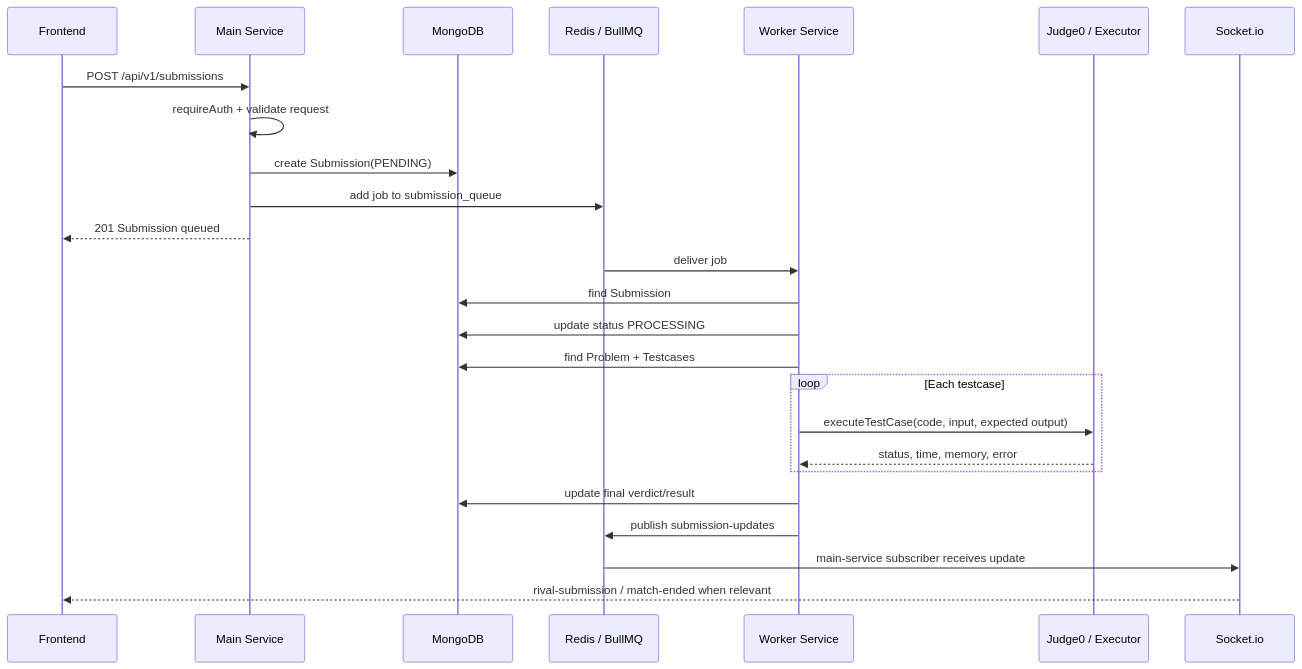
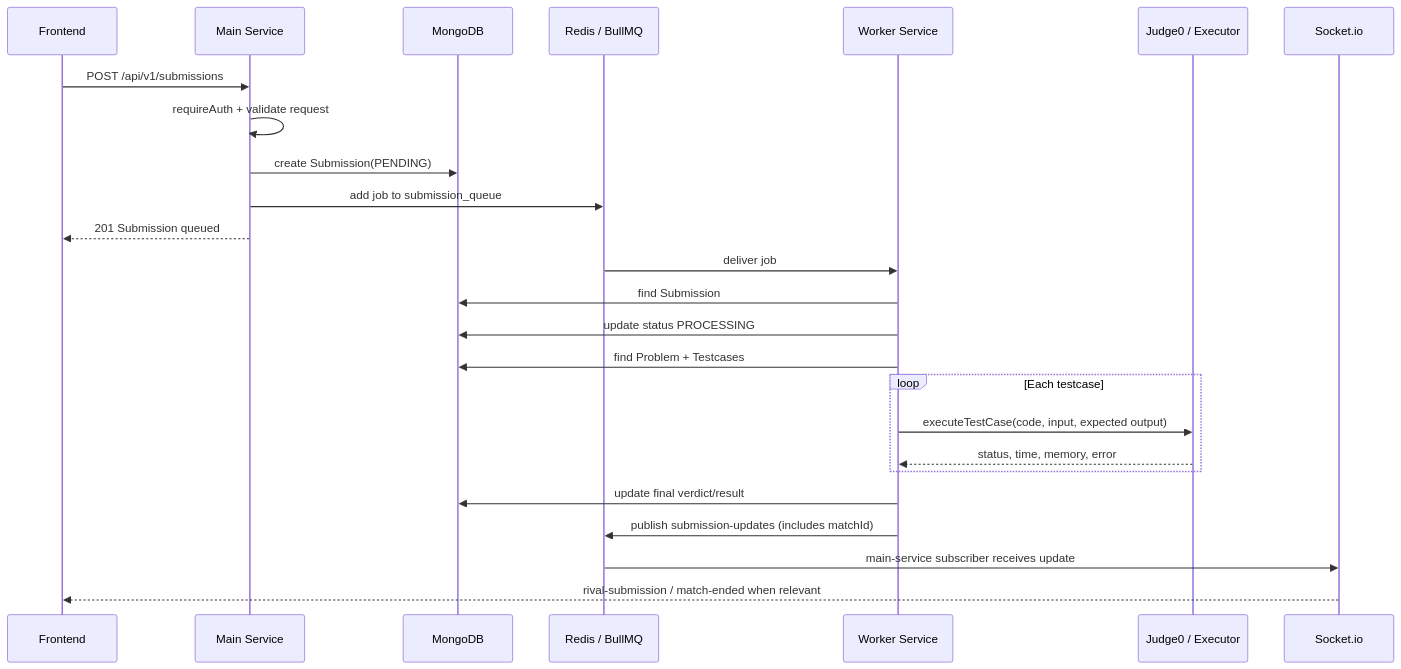
Before and after one commit to JamesHarrision/fessior-oj-backend: the diagram in docs/submission-flow.md, drawn with Mermaid. The commit also changed other lines of this file and 8 other files, not shown here.

Commit message:
feat: BE - add matchId to Submission model/validator/service/worker; replace fragile reverse-lookup with direct matchId in matchmaking; FE pass matchId on submit; update docs

````diff
--- a/docs/submission-flow.md
+++ b/docs/submission-flow.md
@@ -7,31 +7,31 @@
 ```mermaid
 sequenceDiagram
   participant FE as Frontend
   participant API as Main Service
   participant Mongo as MongoDB
   participant Redis as Redis / BullMQ
   participant Worker as Worker Service
   participant Judge as Judge0 / Executor
   participant Socket as Socket.io
 
   FE->>API: POST /api/v1/submissions
   API->>API: requireAuth + validate request
   API->>Mongo: create Submission(PENDING)
   API->>Redis: add job to submission_queue
   API-->>FE: 201 Submission queued
 
   Redis->>Worker: deliver job
   Worker->>Mongo: find Submission
   Worker->>Mongo: update status PROCESSING
   Worker->>Mongo: find Problem + Testcases
 
   loop Each testcase
     Worker->>Judge: executeTestCase(code, input, expected output)
     Judge-->>Worker: status, time, memory, error
   end
 
   Worker->>Mongo: update final verdict/result
-  Worker->>Redis: publish submission-updates
+  Worker->>Redis: publish submission-updates (includes matchId)
   Redis->>Socket: main-service subscriber receives update
   Socket-->>FE: rival-submission / match-ended when relevant
 ```
````
